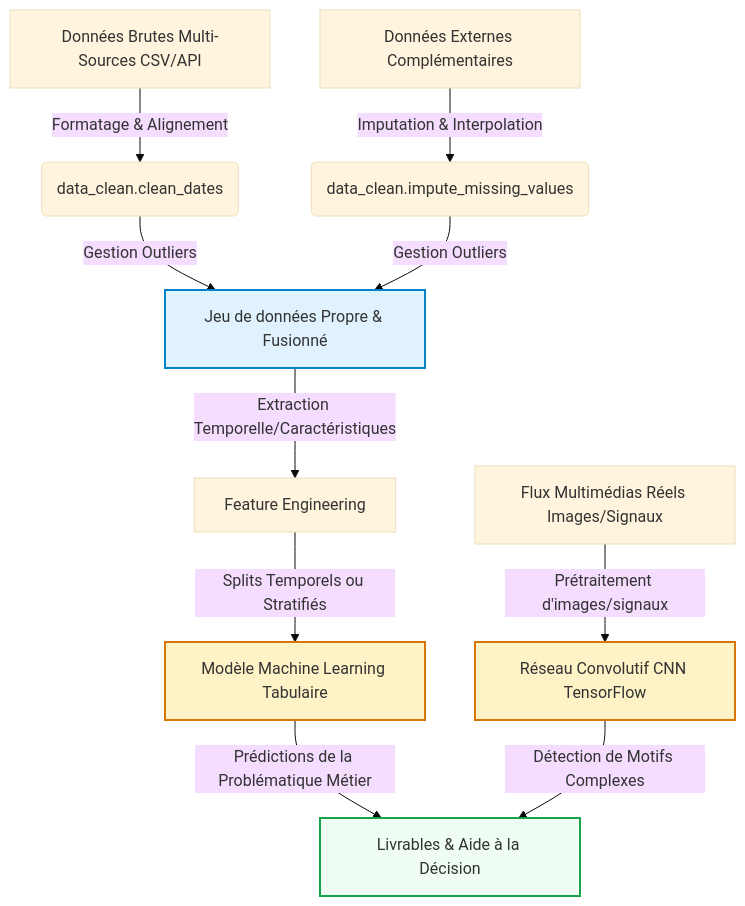
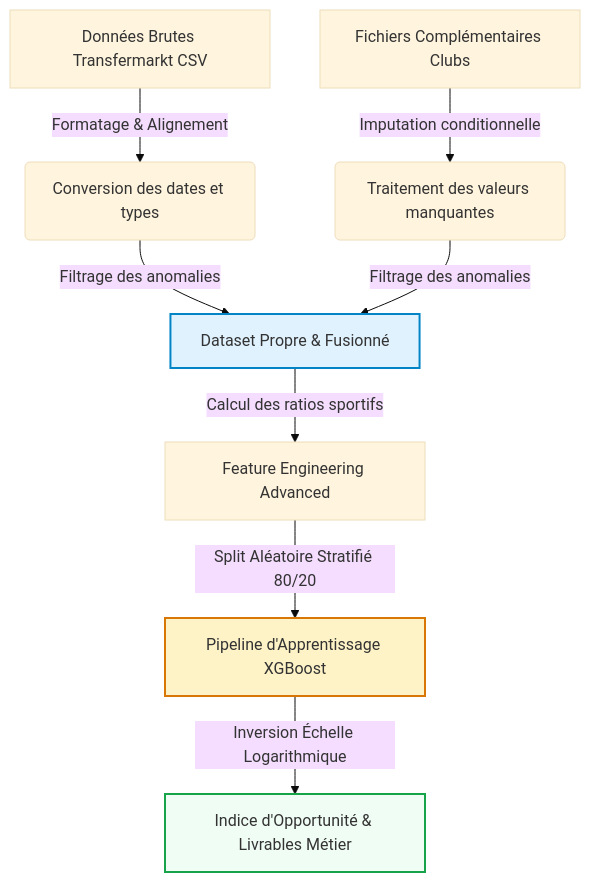
The diagram in report/rapport.qmd (HamzaMF7/aptispace-datascience-projet), drawn with Mermaid (base theme) before and after one commit. The commit also changed other lines of this file and 9 other files, not shown here.

````diff
--- a/report/rapport.qmd
+++ b/report/rapport.qmd
@@ -126,16 +103,15 @@
-```mermaid
+```{mermaid}
 graph TD
-    A[Données Brutes Multi-Sources CSV/API] -->|Formatage & Alignement| B(data_clean.clean_dates)
-    C[Données Externes Complémentaires] -->|Imputation & Interpolation| D(data_clean.impute_missing_values)
-    B & D -->|Gestion Outliers| E[Jeu de données Propre & Fusionné]
-    E -->|Extraction Temporelle/Caractéristiques| F[Feature Engineering]
-    F -->|Splits Temporels ou Stratifiés| G[Modèle Machine Learning Tabulaire]
-    H[Flux Multimédias Réels Images/Signaux] -->|Prétraitement d'images/signaux| I[Réseau Convolutif CNN TensorFlow]
-    G -->|Prédictions de la Problématique Métier| J[Livrables & Aide à la Décision]
-    I -->|Détection de Motifs Complexes| J
+    A[Données Brutes Transfermarkt CSV] -->|Formatage & Alignement| B(Conversion des dates et types)
+    C[Fichiers Complémentaires Clubs] -->|Imputation conditionnelle| D(Traitement des valeurs manquantes)
+    B & D -->|Filtrage des anomalies| E[Dataset Propre & Fusionné]
+    E -->|Calcul des ratios sportifs| F[Feature Engineering Advanced]
+    F -->|Split Aléatoire Stratifié 80/20| G[Pipeline d'Apprentissage XGBoost]
+    G -->|Inversion Échelle Logarithmique| H[Indice d'Opportunité & Livrables Métier]
     
     style E fill:#e0f2fe,stroke:#0284c7,stroke-width:2px
-    style J fill:#f0fdf4,stroke:#16a34a,stroke-width:2px
+    style H fill:#f0fdf4,stroke:#16a34a,stroke-width:2px
     style G fill:#fef3c7,stroke:#d97706,stroke-width:2px
-    style I fill:#fef3c7,stroke:#d97706,stroke-width:2px
+
+
 ```
````
